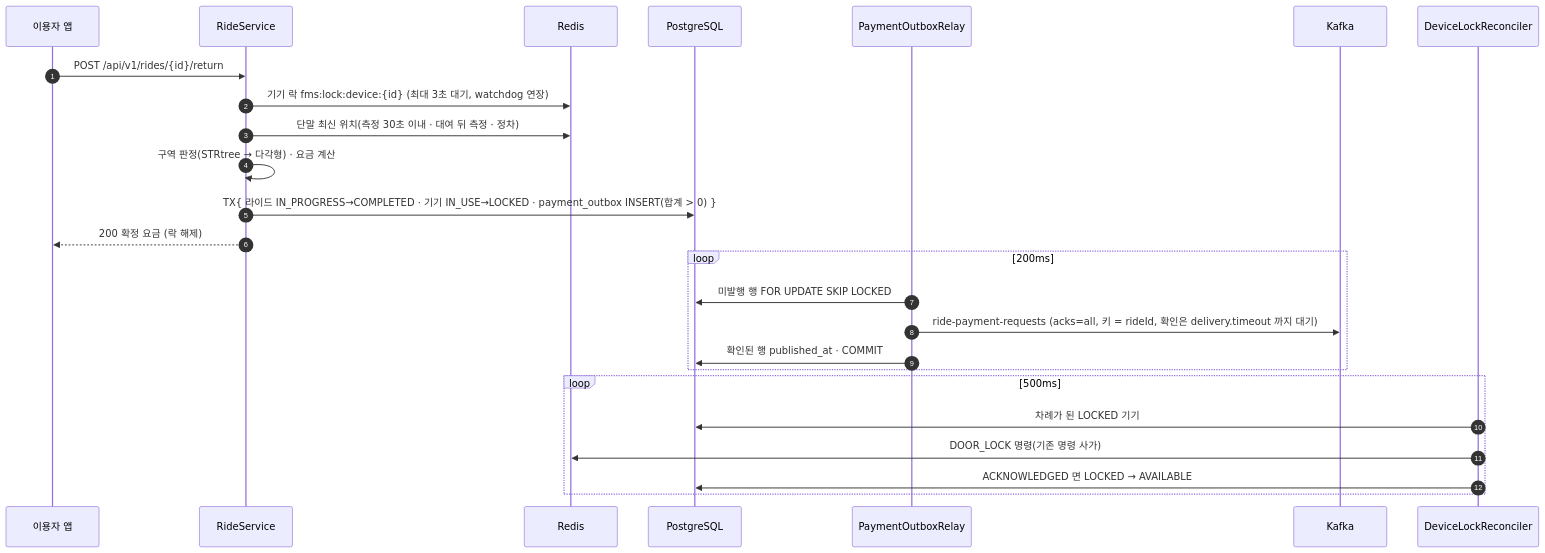
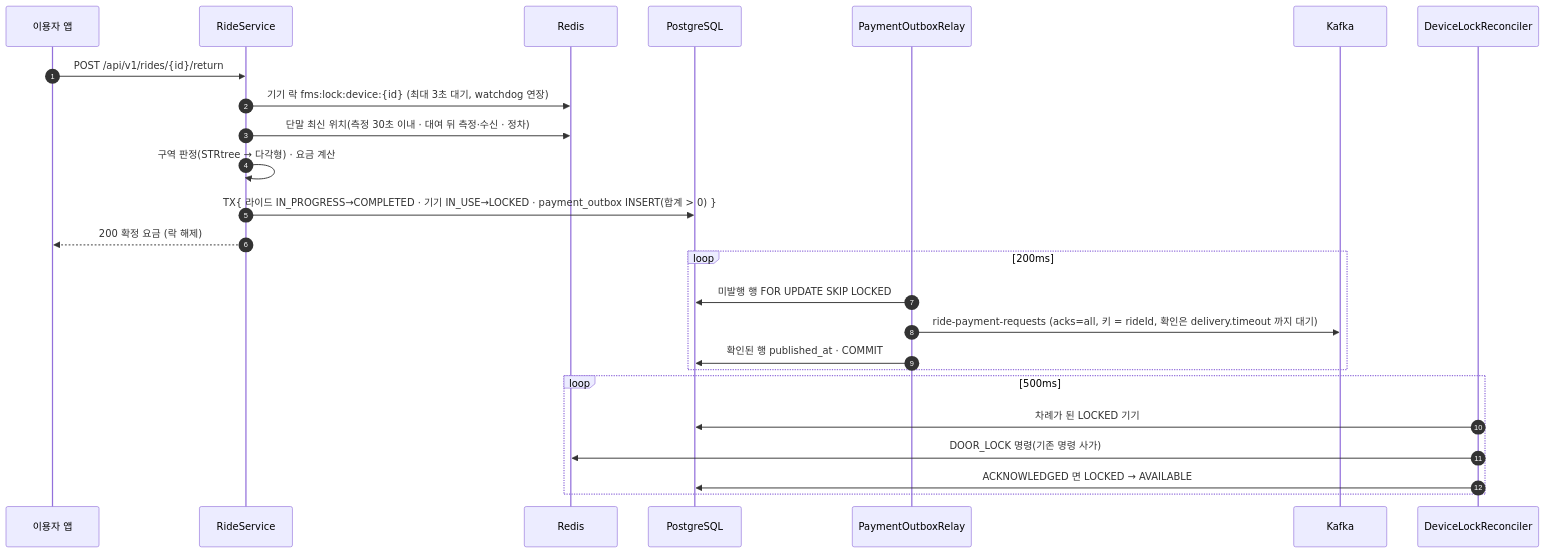
The seventh of 7 diagrams in README.md (JuuuuHong/mini-fms-backend), drawn with Mermaid before and after one commit. The commit also changed other lines of this file and 9 other files, not shown here.

````diff
--- a/README.md
+++ b/README.md
@@ -489,28 +489,28 @@
 ```mermaid
 sequenceDiagram
     autonumber
     participant U as 이용자 앱
     participant S as RideService
     participant R as Redis
     participant DB as PostgreSQL
     participant RL as PaymentOutboxRelay
     participant K as Kafka
     participant RC as DeviceLockReconciler
 
     U->>S: POST /api/v1/rides/{id}/return
     S->>R: 기기 락 fms:lock:device:{id} (최대 3초 대기, watchdog 연장)
-    S->>R: 단말 최신 위치(측정 30초 이내 · 대여 뒤 측정 · 정차)
+    S->>R: 단말 최신 위치(측정 30초 이내 · 대여 뒤 측정·수신 · 정차)
     S->>S: 구역 판정(STRtree → 다각형) · 요금 계산
     S->>DB: TX{ 라이드 IN_PROGRESS→COMPLETED · 기기 IN_USE→LOCKED · payment_outbox INSERT(합계 > 0) }
     S-->>U: 200 확정 요금 (락 해제)
     loop 200ms
         RL->>DB: 미발행 행 FOR UPDATE SKIP LOCKED
         RL->>K: ride-payment-requests (acks=all, 키 = rideId, 확인은 delivery.timeout 까지 대기)
         RL->>DB: 확인된 행 published_at · COMMIT
     end
     loop 500ms
         RC->>DB: 차례가 된 LOCKED 기기
         RC->>R: DOOR_LOCK 명령(기존 명령 사가)
         RC->>DB: ACKNOWLEDGED 면 LOCKED → AVAILABLE
     end
 ```
````
